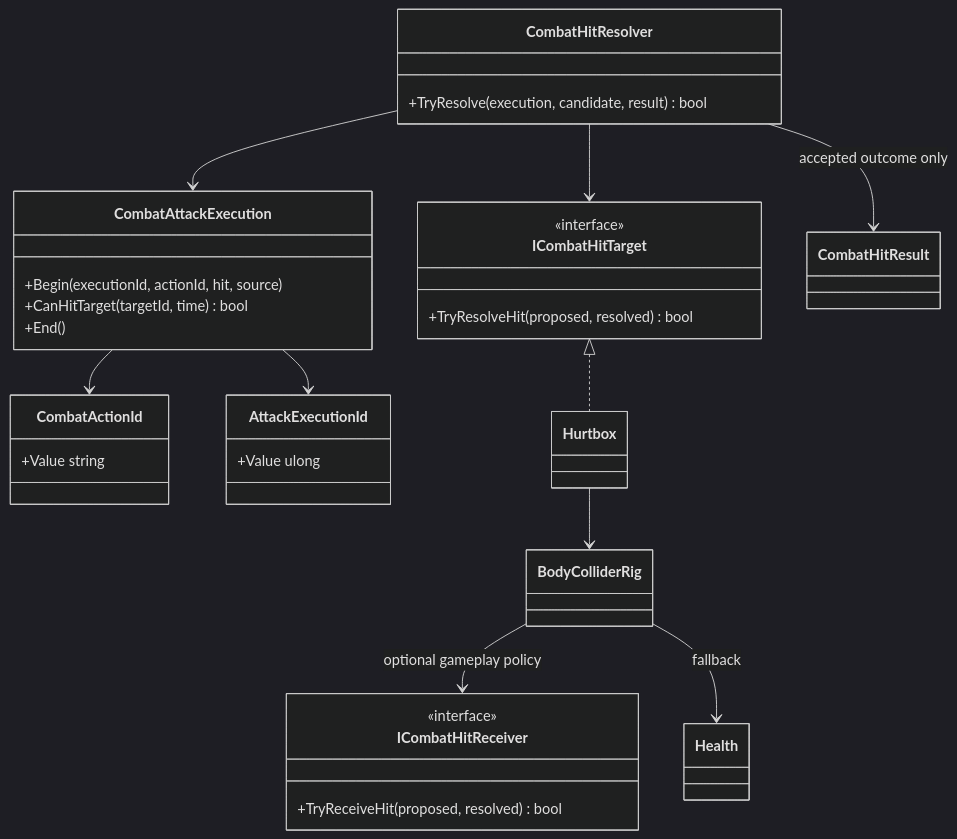
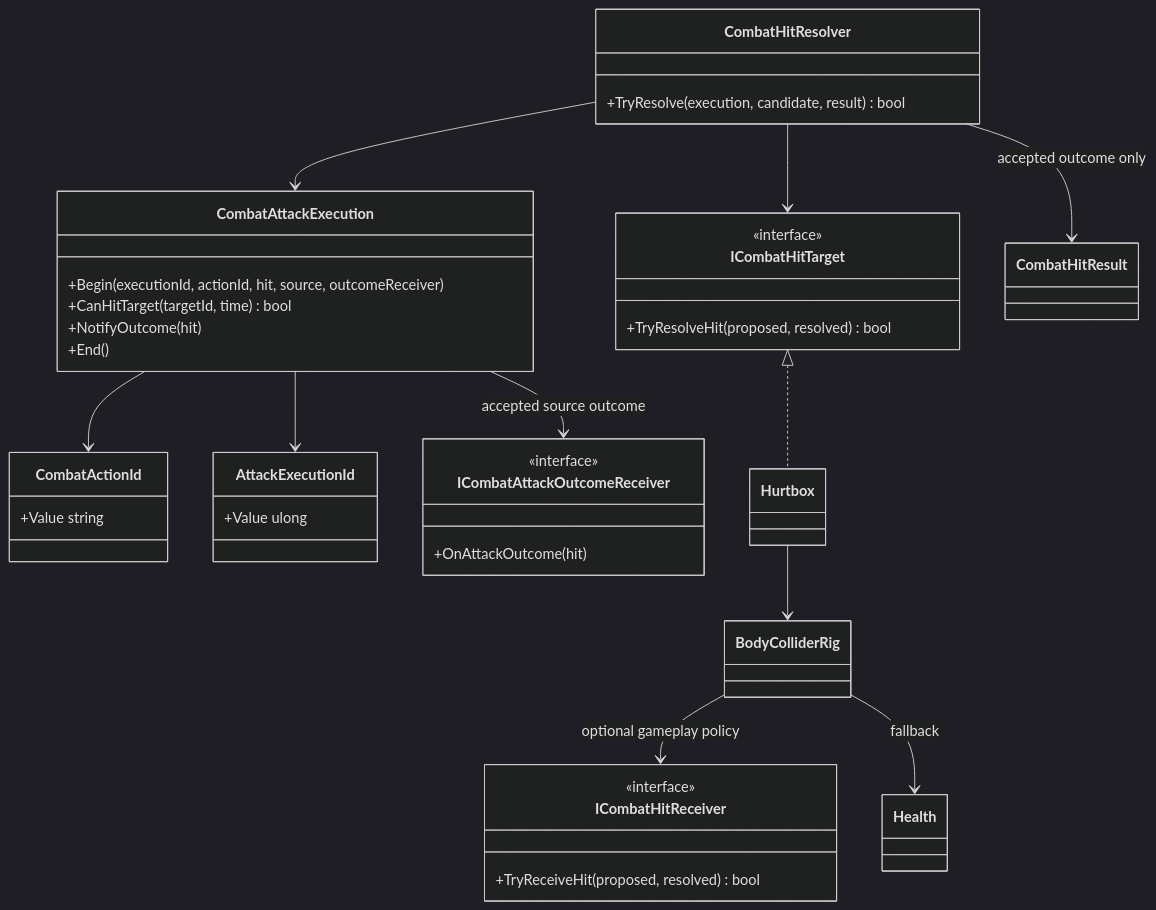
Before and after one commit to MaximFonariuc/project-s: the diagram in Assets/_App/Core/Runtime/Combat/Hits/README.md, drawn with Mermaid (dark theme). The commit also changed other lines of this file and 10 other files, not shown here.

````diff
--- a/Assets/_App/Core/Runtime/Combat/Hits/README.md
+++ b/Assets/_App/Core/Runtime/Combat/Hits/README.md
@@ -6,39 +6,45 @@
 ```mermaid
 classDiagram
     class CombatActionId {
         +Value string
     }
     class AttackExecutionId {
         +Value ulong
     }
     class CombatAttackExecution {
-        +Begin(executionId, actionId, hit, source)
+        +Begin(executionId, actionId, hit, source, outcomeReceiver)
         +CanHitTarget(targetId, time) bool
+        +NotifyOutcome(hit)
         +End()
     }
     class CombatHitResolver {
         +TryResolve(execution, candidate, result) bool
     }
     class ICombatHitTarget {
         <<interface>>
         +TryResolveHit(proposed, resolved) bool
     }
     class ICombatHitReceiver {
         <<interface>>
         +TryReceiveHit(proposed, resolved) bool
     }
+    class ICombatAttackOutcomeReceiver {
+        <<interface>>
+        +OnAttackOutcome(hit)
+    }
     class CombatHitResult
     class Hurtbox
     class BodyColliderRig
     class Health
 
     CombatAttackExecution --> AttackExecutionId
     CombatAttackExecution --> CombatActionId
+    CombatAttackExecution --> ICombatAttackOutcomeReceiver : accepted source outcome
     CombatHitResolver --> CombatAttackExecution
     CombatHitResolver --> ICombatHitTarget
     CombatHitResolver --> CombatHitResult : accepted outcome only
     ICombatHitTarget <|.. Hurtbox
     Hurtbox --> BodyColliderRig
     BodyColliderRig --> ICombatHitReceiver : optional gameplay policy
     BodyColliderRig --> Health : fallback
 ```
````
